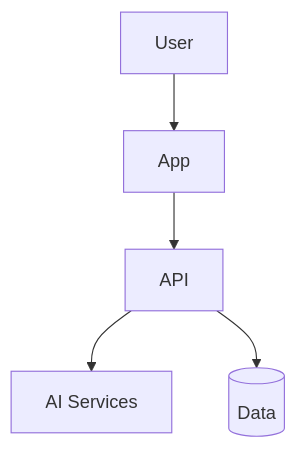
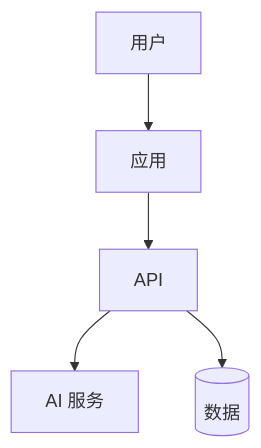
The first of 2 diagrams in docs/templates/Architecture_Template.md (LeapMaCoder/ai-engineer-os), drawn with Mermaid before and after one commit. The commit also changed other lines of this file and 75 other files, not shown here.

````diff
--- a/docs/templates/Architecture_Template.md
+++ b/docs/templates/Architecture_Template.md
@@ -38,7 +38,7 @@
 ```mermaid
 flowchart TB
-  User[User] --> App[App]
+  User[用户] --> App[应用]
   App --> API[API]
-  API --> AI[AI Services]
-  API --> Data[(Data)]
+  API --> AI[AI 服务]
+  API --> Data[(数据)]
 ```
````
